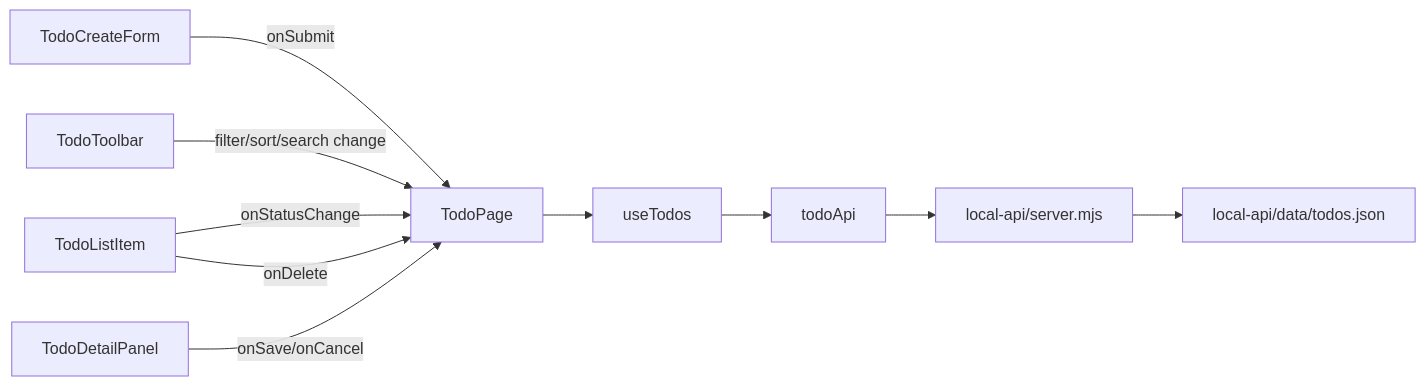
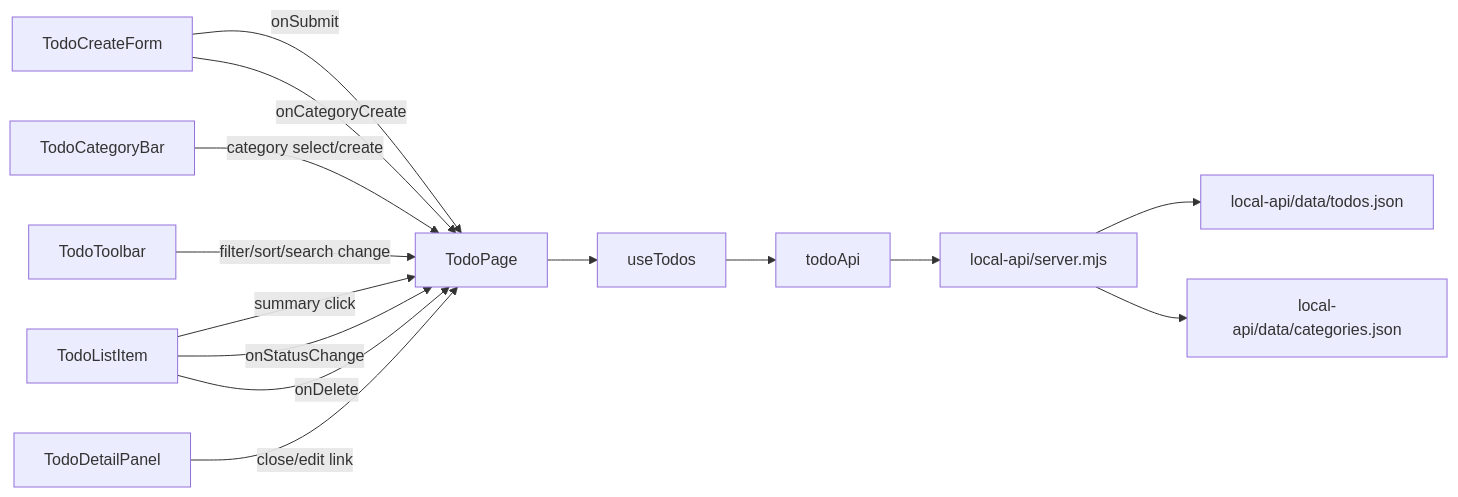
The second of 4 diagrams in harness_lab/todo_frontend/docs/component-relation-map.md (schro-cat-dev/torisetsu), drawn with Mermaid before and after one commit. The commit also changed other lines of this file and 91 other files, not shown here.

````diff
--- a/harness_lab/todo_frontend/docs/component-relation-map.md
+++ b/harness_lab/todo_frontend/docs/component-relation-map.md
@@ -33,13 +36,17 @@
 ```mermaid
 flowchart LR
   TodoCreateForm -->|onSubmit| TodoPage
+  TodoCreateForm -->|onCategoryCreate| TodoPage
+  TodoCategoryBar -->|category select/create| TodoPage
   TodoToolbar -->|filter/sort/search change| TodoPage
+  TodoListItem -->|summary click| TodoPage
   TodoListItem -->|onStatusChange| TodoPage
   TodoListItem -->|onDelete| TodoPage
-  TodoDetailPanel -->|onSave/onCancel| TodoPage
+  TodoDetailPanel -->|close/edit link| TodoPage
 
   TodoPage --> useTodos
   useTodos --> todoApi
   todoApi --> LocalAPI["local-api/server.mjs"]
   LocalAPI --> todosJson["local-api/data/todos.json"]
+  LocalAPI --> categoriesJson["local-api/data/categories.json"]
 ```
````
